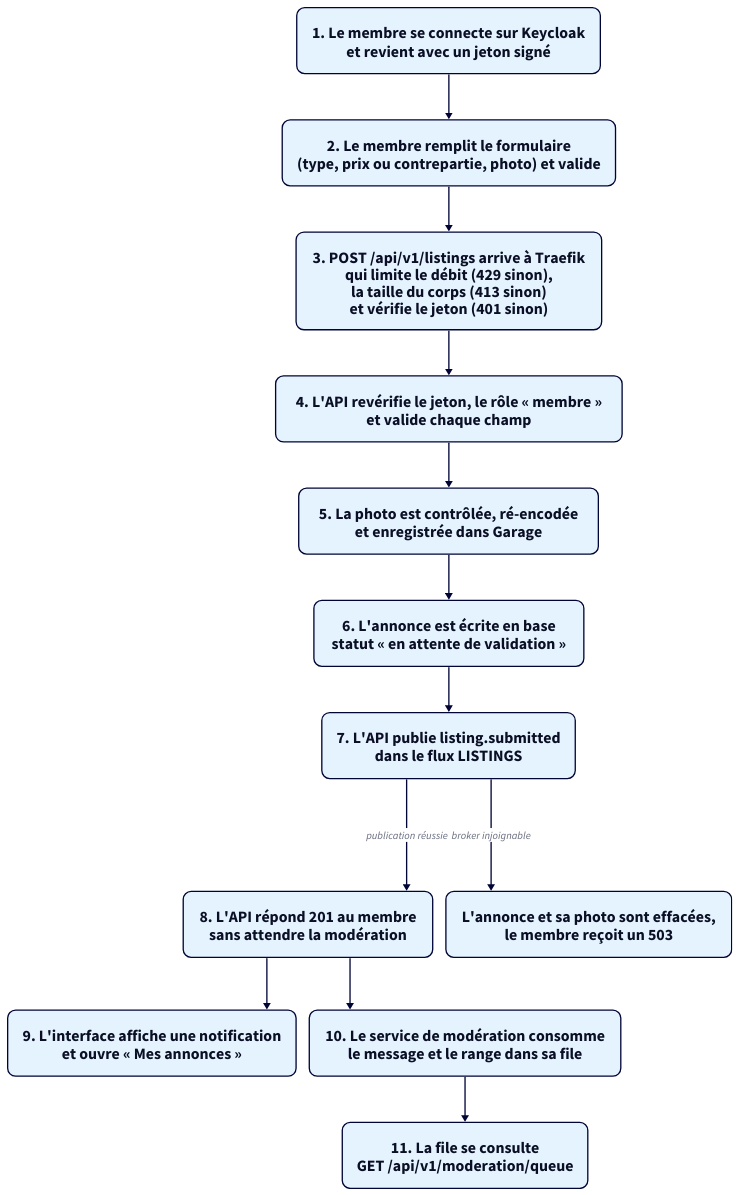
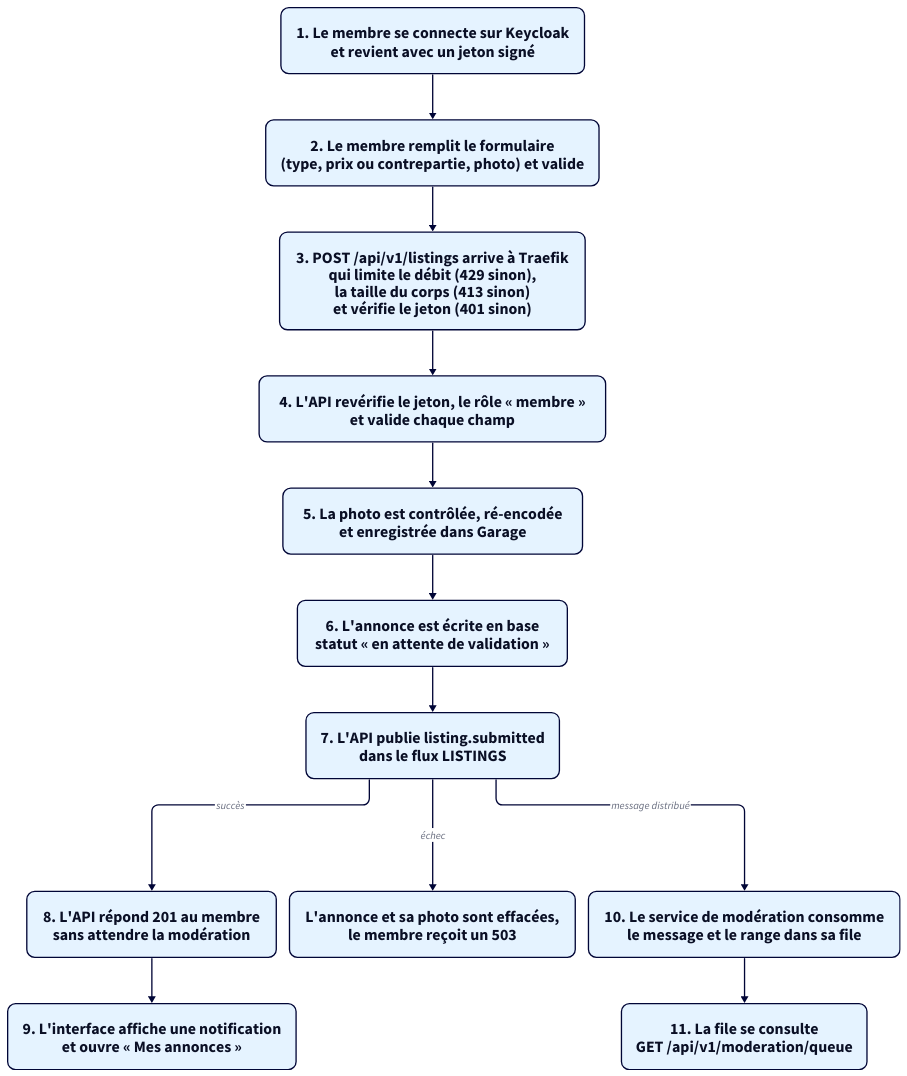
Before and after one commit to kitaah/pme: the second of 2 diagrams in docs/architecture.md, drawn with D2. The commit also changed other lines of this file and 23 other files, not shown here.

````diff
--- a/docs/architecture.md
+++ b/docs/architecture.md
@@ -153,38 +153,39 @@
 ```d2
 vars: {
   d2-config: {
     layout-engine: elk
     theme-id: 5
     pad: 8
   }
 }
 direction: down
 
 classes: {
   boite: {
     style: {
       font-size: 24
       border-radius: 12
     }
   }
 }
 
 connexion: "1. Le membre se connecte sur Keycloak\net revient avec un jeton signé" {class: boite}
 depot: "2. Le membre remplit le formulaire\n(type, prix ou contrepartie, photo) et valide" {class: boite}
 entree: "3. POST /api/v1/listings arrive à Traefik\nqui limite le débit (429 sinon),\nla taille du corps (413 sinon)\net vérifie le jeton (401 sinon)" {class: boite}
 controle: "4. L'API revérifie le jeton, le rôle « membre »\net valide chaque champ" {class: boite}
 photo: "5. La photo est contrôlée, ré-encodée\net enregistrée dans Garage" {class: boite}
 ecriture: "6. L'annonce est écrite en base\nstatut « en attente de validation »" {class: boite}
 publication: "7. L'API publie listing.submitted\ndans le flux LISTINGS" {class: boite}
 reponse: "8. L'API répond 201 au membre\nsans attendre la modération" {class: boite}
 redirection: "9. L'interface affiche une notification\net ouvre « Mes annonces »" {class: boite}
 consommation: "10. Le service de modération consomme\nle message et le range dans sa file" {class: boite}
 file: "11. La file se consulte\nGET /api/v1/moderation/queue" {class: boite}
 compensation: "L'annonce et sa photo sont effacées,\nle membre reçoit un 503" {class: boite}
 
 connexion -> depot -> entree -> controle -> photo -> ecriture -> publication
-publication -> reponse: publication réussie
-publication -> compensation: broker injoignable
+publication -> reponse: succès
+publication -> compensation: échec
+publication -> consommation: message distribué
 reponse -> redirection
-reponse -> consommation -> file
+consommation -> file
 ```
````
